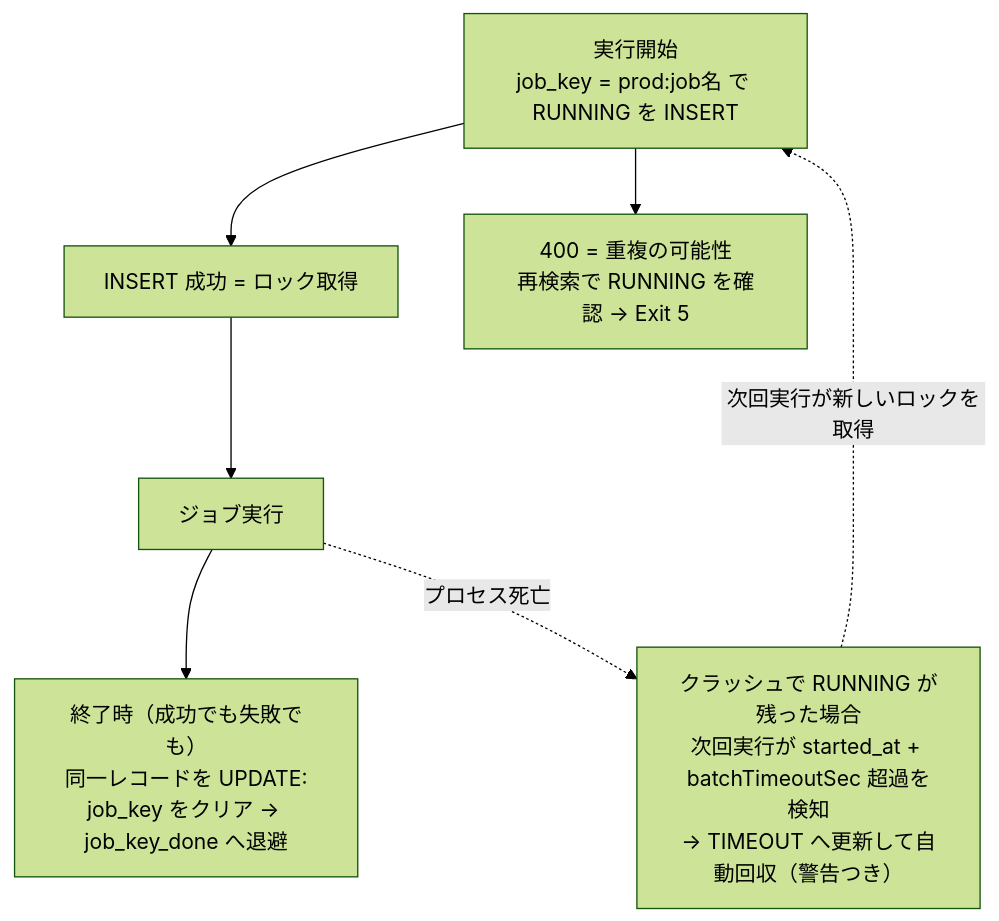
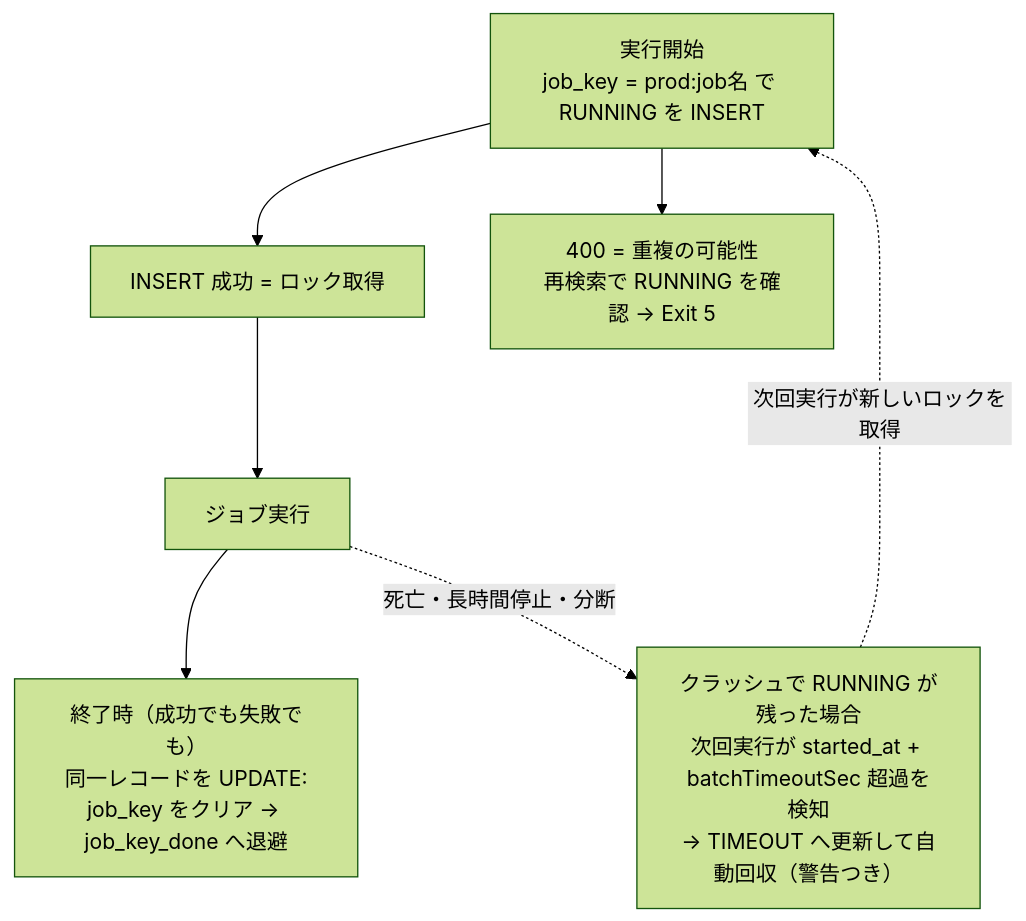
One commit to rex0220/ksql-flow changed the diagram in docs/internal/qiita_draft_11_distributed_lock.md. Above: the diagram before and after it, drawn with Mermaid (forest theme). The commit also changed other lines of this file and 1 other file, not shown here.

````diff
--- a/docs/internal/qiita_draft_11_distributed_lock.md
+++ b/docs/internal/qiita_draft_11_distributed_lock.md
@@ -79,14 +79,14 @@
 ```mermaid
 flowchart TB
     ACQ["実行開始<br>job_key = prod:job名 で RUNNING を INSERT"]
     OK["INSERT 成功 = ロック取得"]
     NG["400 = 重複の可能性<br>再検索で RUNNING を確認 → Exit 5"]
     RUN["ジョブ実行"]
     REL["終了時（成功でも失敗でも）<br>同一レコードを UPDATE:<br>job_key をクリア → job_key_done へ退避"]
     STALE["クラッシュで RUNNING が残った場合<br>次回実行が started_at + batchTimeoutSec 超過を検知<br>→ TIMEOUT へ更新して自動回収（警告つき）"]
 
     ACQ --> OK --> RUN --> REL
     ACQ --> NG
-    RUN -.->|"プロセス死亡"| STALE
+    RUN -.->|"死亡・長時間停止・分断"| STALE
     STALE -.->|"次回実行が新しいロックを取得"| ACQ
 ```
````
